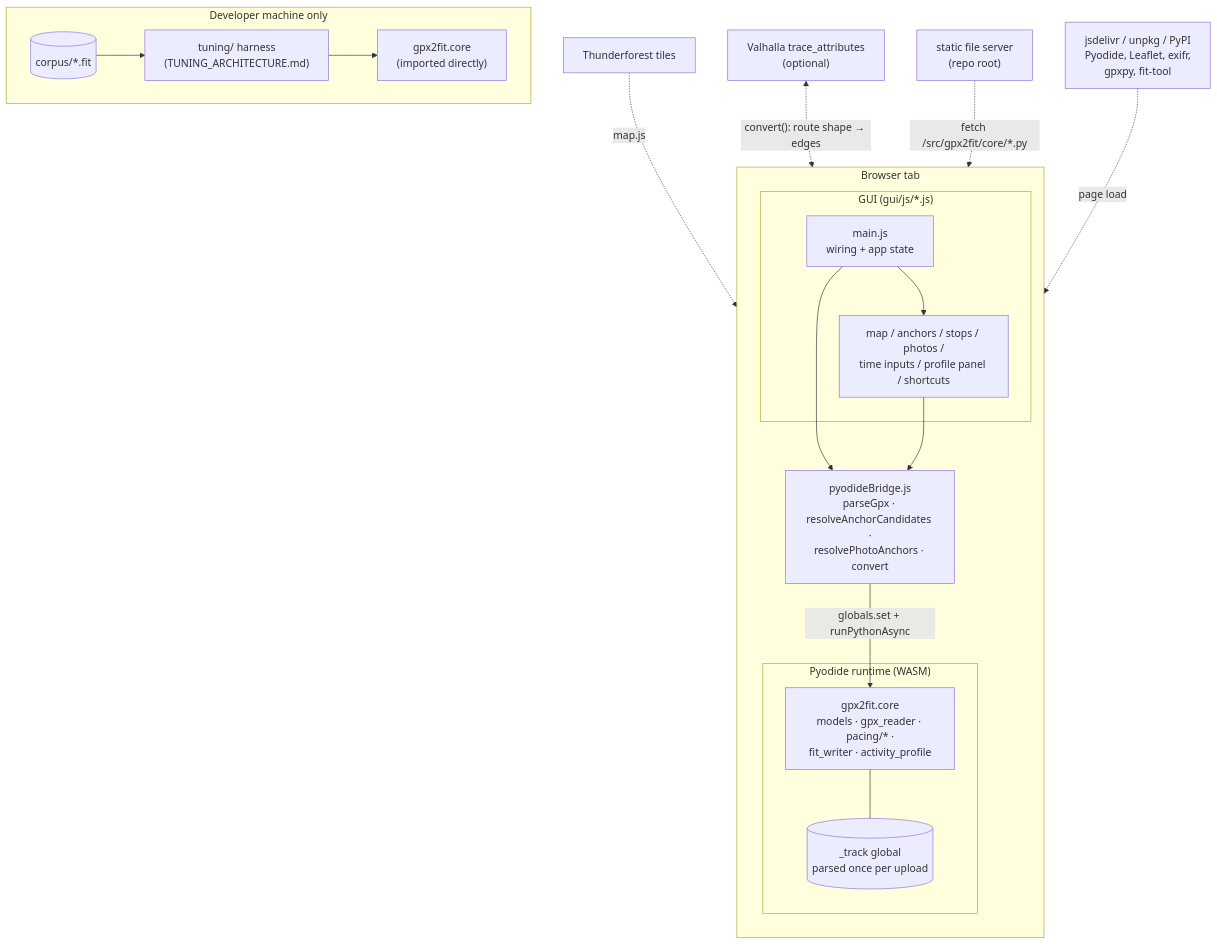
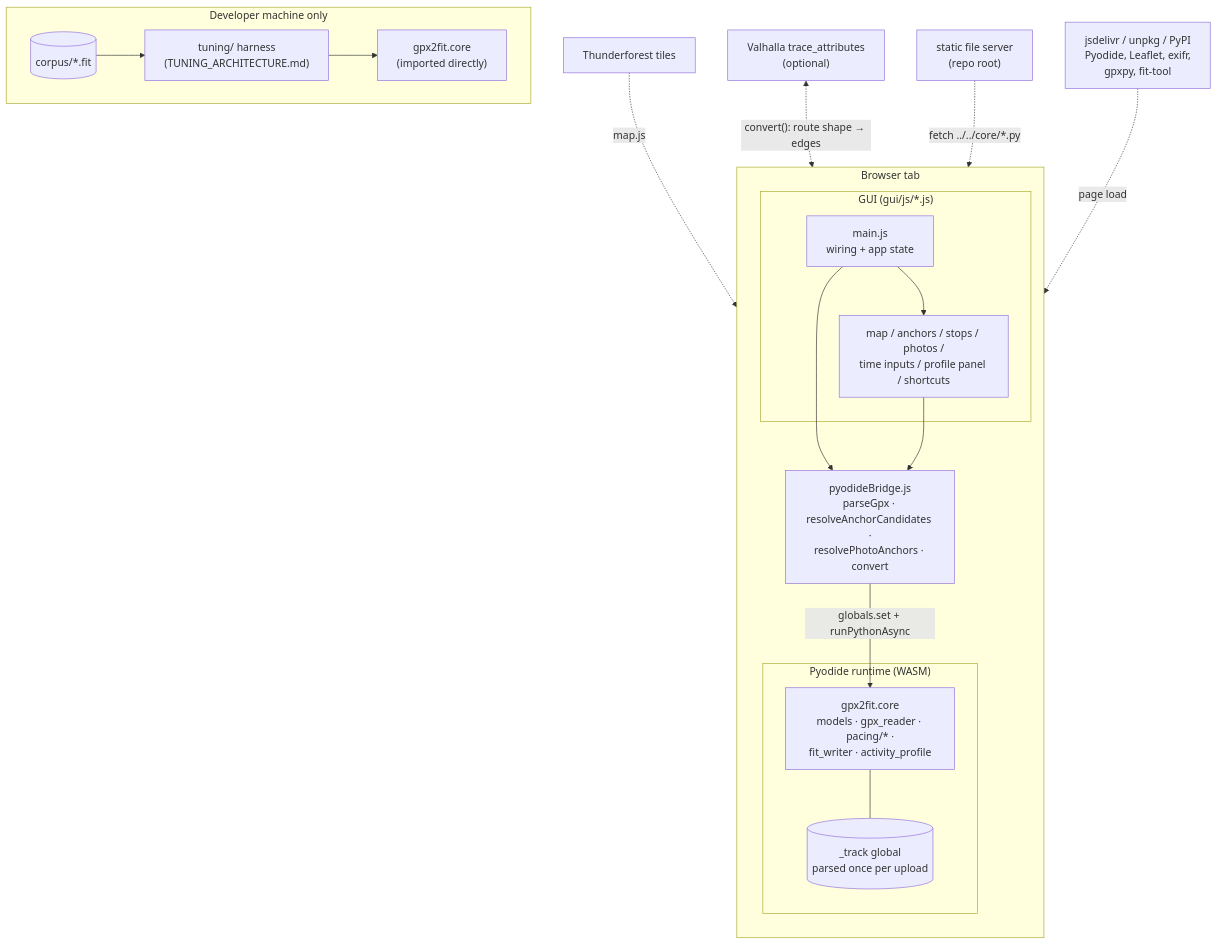
Before and after one commit to martin-iflap/GPX_to_FIT: the first of 14 diagrams in docs/ARCHITECTURE.md, drawn with Mermaid. The commit also changed other lines of this file and 16 other files, not shown here.

````diff
--- a/docs/ARCHITECTURE.md
+++ b/docs/ARCHITECTURE.md
@@ -85,30 +85,30 @@
 ```mermaid
 flowchart TB
   subgraph Browser["Browser tab"]
     direction TB
     subgraph GUI["GUI (gui/js/*.js)"]
       main["main.js<br/>wiring + app state"]
       ui["map / anchors / stops / photos /<br/>time inputs / profile panel / shortcuts"]
     end
     bridge["pyodideBridge.js<br/>parseGpx · resolveAnchorCandidates ·<br/>resolvePhotoAnchors · convert"]
     subgraph Py["Pyodide runtime (WASM)"]
       track[("_track global<br/>parsed once per upload")]
       core["gpx2fit.core<br/>models · gpx_reader · pacing/* ·<br/>fit_writer · activity_profile"]
     end
     main --> ui
     main --> bridge
     ui --> bridge
     bridge -- "globals.set + runPythonAsync" --> core
     core --- track
   end
 
   CDN["jsdelivr / unpkg / PyPI<br/>Pyodide, Leaflet, exifr,<br/>gpxpy, fit-tool"] -. "page load" .-> Browser
   TF["Thunderforest tiles"] -. "map.js" .-> ui
   VH["Valhalla trace_attributes<br/>(optional)"] <-. "convert(): route shape → edges" .-> bridge
-  Static["static file server<br/>(repo root)"] -. "fetch /src/gpx2fit/core/*.py" .-> bridge
+  Static["static file server<br/>(repo root)"] -. "fetch ../../core/*.py" .-> bridge
 
   subgraph Offline["Developer machine only"]
     tuning["tuning/ harness<br/>(TUNING_ARCHITECTURE.md)"] --> core2["gpx2fit.core<br/>(imported directly)"]
     corpus[("corpus/*.fit")] --> tuning
   end
 ```
````
